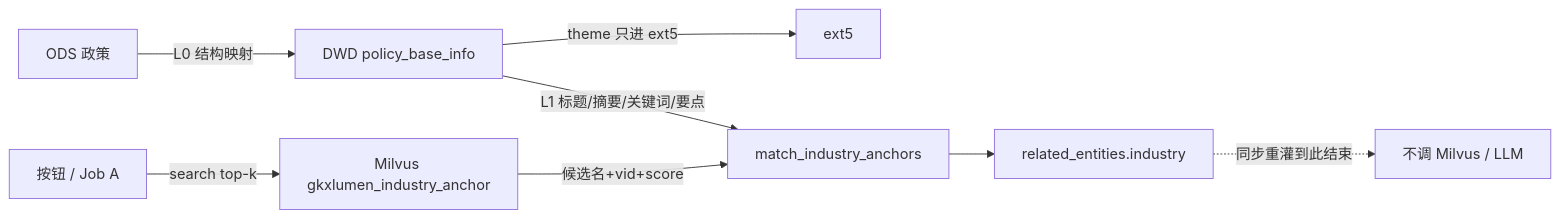
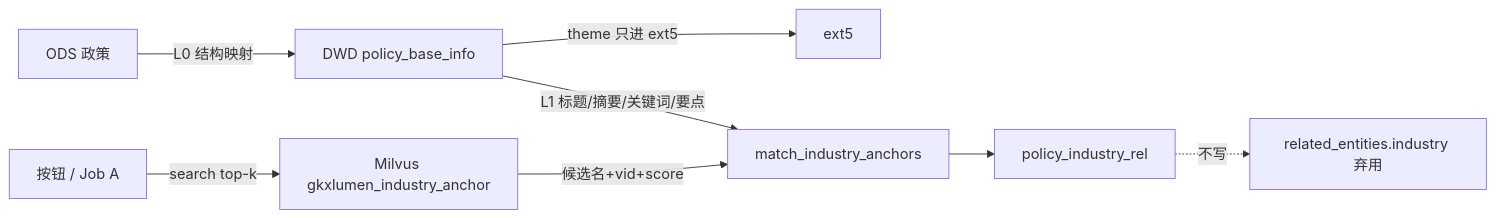
Before and after one commit to Marisolebxf/-: the fifth of 5 diagrams in agent-delivery/data/data-design/storage/POLICY/01-data-flow.md, drawn with Mermaid. The commit also changed other lines of this file and 21 other files, not shown here.

````diff
--- a/agent-delivery/data/data-design/storage/POLICY/01-data-flow.md
+++ b/agent-delivery/data/data-design/storage/POLICY/01-data-flow.md
@@ -137,10 +137,10 @@
 ```mermaid
 flowchart LR
   ODS["ODS 政策"] -->|"L0 结构映射"| DWD["DWD policy_base_info"]
   DWD -->|"theme 只进 ext5"| EXT["ext5"]
   DWD -->|"L1 标题/摘要/关键词/要点"| L1["match_industry_anchors"]
-  L1 --> SLOT["related_entities.industry"]
-  SLOT -.->|"同步重灌到此结束"| STOP["不调 Milvus / LLM"]
+  L1 --> REL["policy_industry_rel"]
   BTN["按钮 / Job A"] -->|"search top-k"| VEC["Milvus gkxlumen_industry_anchor"]
   VEC -->|"候选名+vid+score"| L1
+  REL -.->|"不写"| OLD["related_entities.industry 弃用"]
 ```
````
